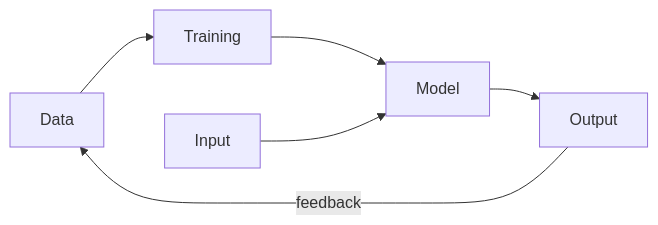
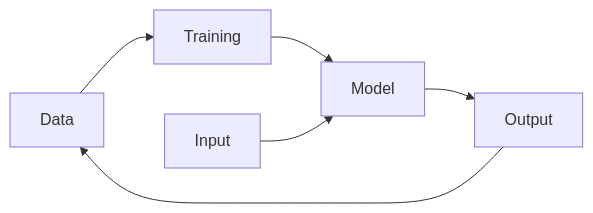
Before and after one commit to JGalego/DependableAI: the second of 3 diagrams in slides.md, drawn with Mermaid. The commit also changed other lines of this file and 11 other files, not shown here.

````diff
--- a/slides.md
+++ b/slides.md
@@ -254,11 +307,11 @@
 ```mermaid
 flowchart LR
 
 A[Data] --> B[Training]
 B --> C[Model]
 
 D[Input] --> C
 C --> E[Output]
 
-E --feedback--> A
+E --> A
 ```
````
